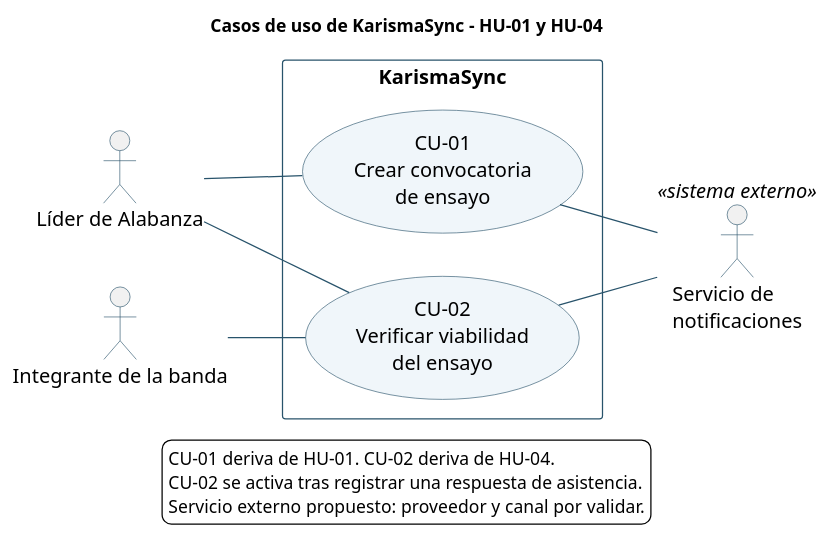
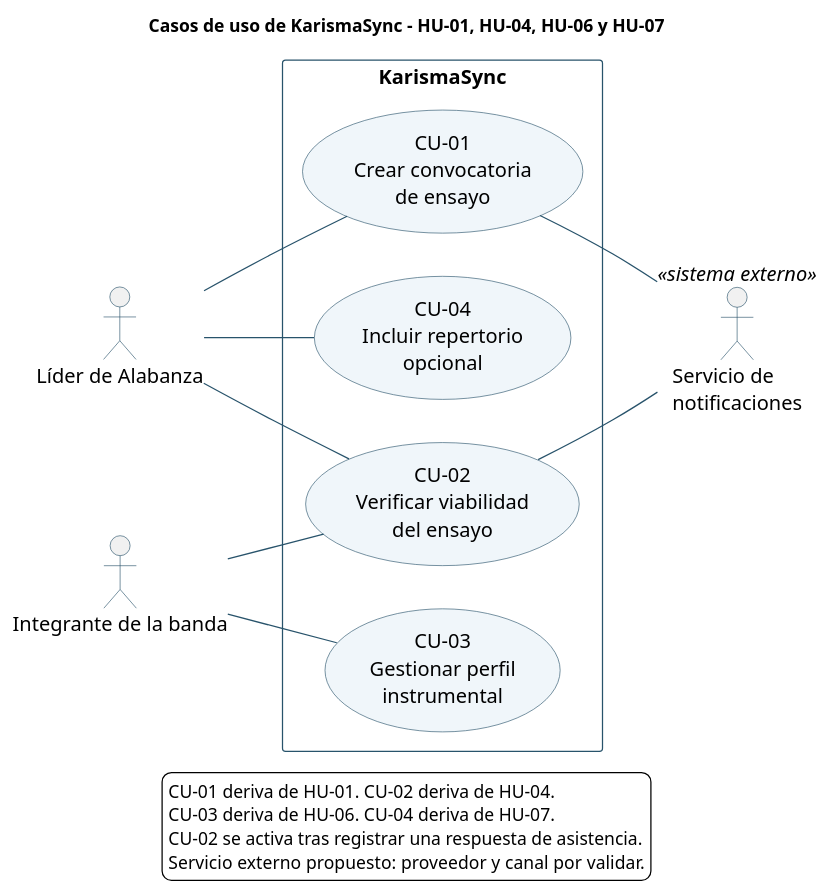
One commit to Ayiness/KarismaSync changed the diagram in diagramas/casos-de-uso.puml. Above: the diagram before and after it, drawn with PlantUML. The commit also changed 100 other files, not shown here.

```diff
--- a/diagramas/casos-de-uso.puml
+++ b/diagramas/casos-de-uso.puml
@@ -1,37 +1,43 @@
 @startuml
-title Casos de uso de KarismaSync - HU-01 y HU-04
+title Casos de uso de KarismaSync - HU-01, HU-04, HU-06 y HU-07
 left to right direction
 skinparam backgroundColor white
 skinparam shadowing false
 skinparam defaultFontName SansSerif
 skinparam defaultFontSize 16
 skinparam ArrowColor #28536B
 skinparam actorBorderColor #28536B
 skinparam usecaseBorderColor #28536B
 skinparam usecaseBackgroundColor #F0F6FA
 skinparam rectangleBorderColor #28536B
 skinparam noteBackgroundColor #FFF8DE
 skinparam noteBorderColor #BBA46B
 
 actor "Líder de Alabanza" as Lider
 actor "Integrante de la banda" as Integrante
 actor "Servicio de\nnotificaciones" as Notificaciones <<sistema externo>>
 
 rectangle "KarismaSync" {
   usecase "CU-01\nCrear convocatoria\nde ensayo" as CU01
   usecase "CU-02\nVerificar viabilidad\ndel ensayo" as CU02
+  usecase "CU-03\nGestionar perfil\ninstrumental" as CU03
+  usecase "CU-04\nIncluir repertorio\nopcional" as CU04
 }
 
 Lider -- CU01
 CU01 -- Notificaciones
 
 Lider -- CU02
 Integrante -- CU02
 CU02 -- Notificaciones
 
+Integrante -- CU03
+Lider -- CU04
+
 legend bottom
   CU-01 deriva de HU-01. CU-02 deriva de HU-04.
+  CU-03 deriva de HU-06. CU-04 deriva de HU-07.
   CU-02 se activa tras registrar una respuesta de asistencia.
   Servicio externo propuesto: proveedor y canal por validar.
 endlegend
 @enduml
```
